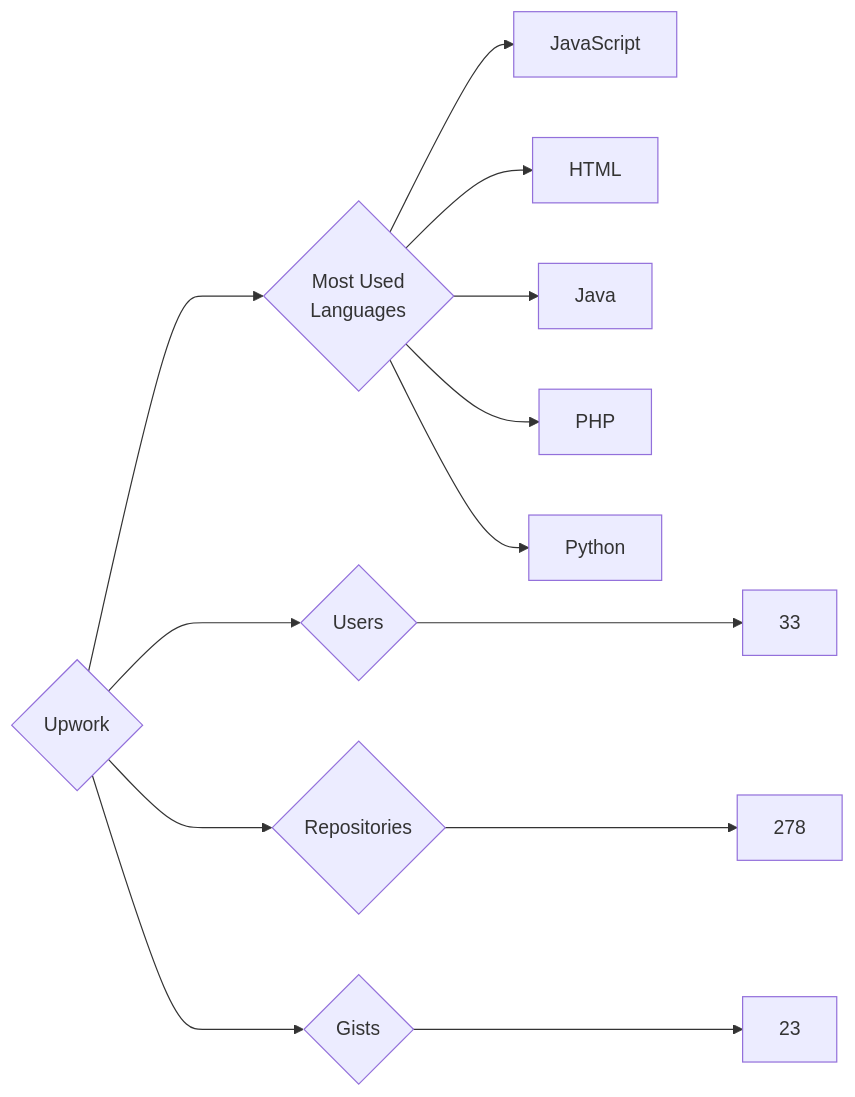
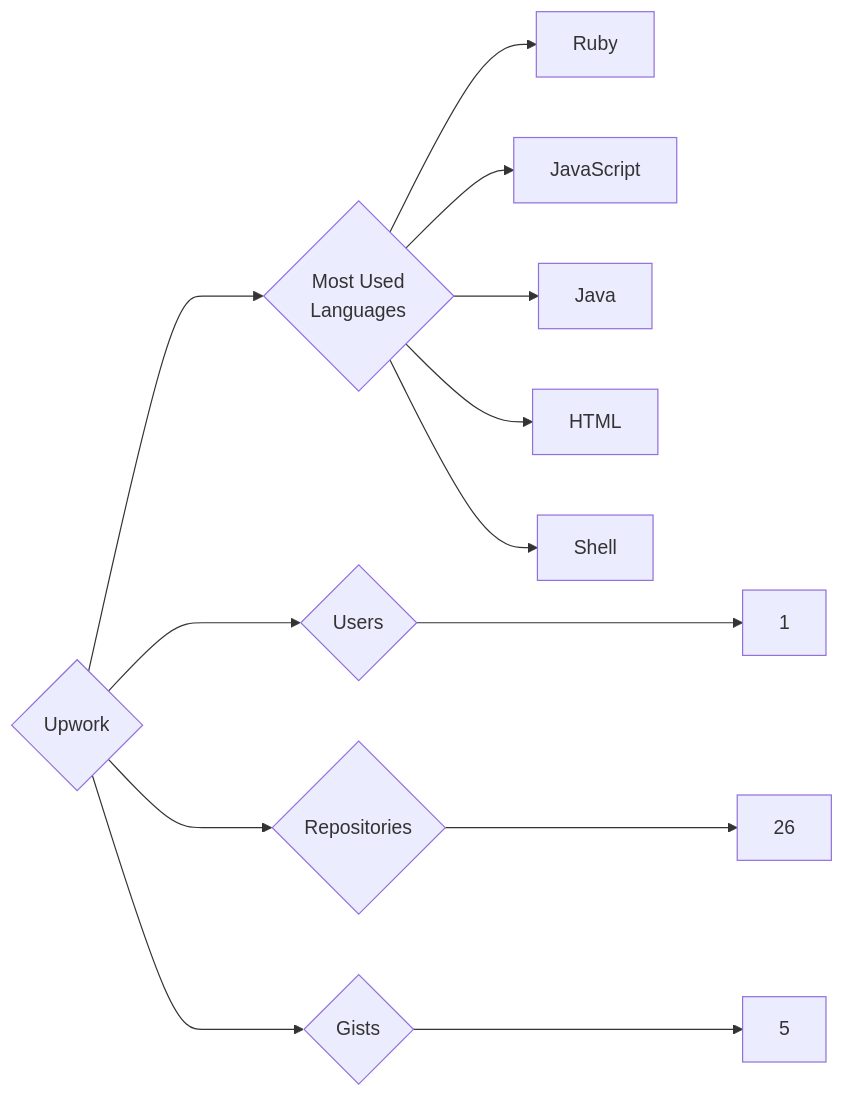
The diagram in targets/Upwork/README.md (trickest/insiders), drawn with Mermaid before and after one commit. The commit also changed 903 other files, not shown here.

````diff
--- a/targets/Upwork/README.md
+++ b/targets/Upwork/README.md
@@ -3,13 +3,13 @@
 ```mermaid
 graph LR
 COMPANY_NAME{Upwork}
-COMPANY_NAME ---> U{Users} ---> UN[33]
-COMPANY_NAME ---> R{Repositories} ---> RN[278]
-COMPANY_NAME ---> G{Gists} ---> GN[23]
+COMPANY_NAME ---> U{Users} ---> UN[1]
+COMPANY_NAME ---> R{Repositories} ---> RN[26]
+COMPANY_NAME ---> G{Gists} ---> GN[5]
 COMPANY_NAME ---> ML{Most Used<br>Languages}
+ML --> Ruby[Ruby]
 ML --> JavaScript[JavaScript]
+ML --> Java[Java]
 ML --> HTML[HTML]
-ML --> Java[Java]
-ML --> PHP[PHP]
-ML --> Python[Python]
+ML --> Shell[Shell]
 ```
````
